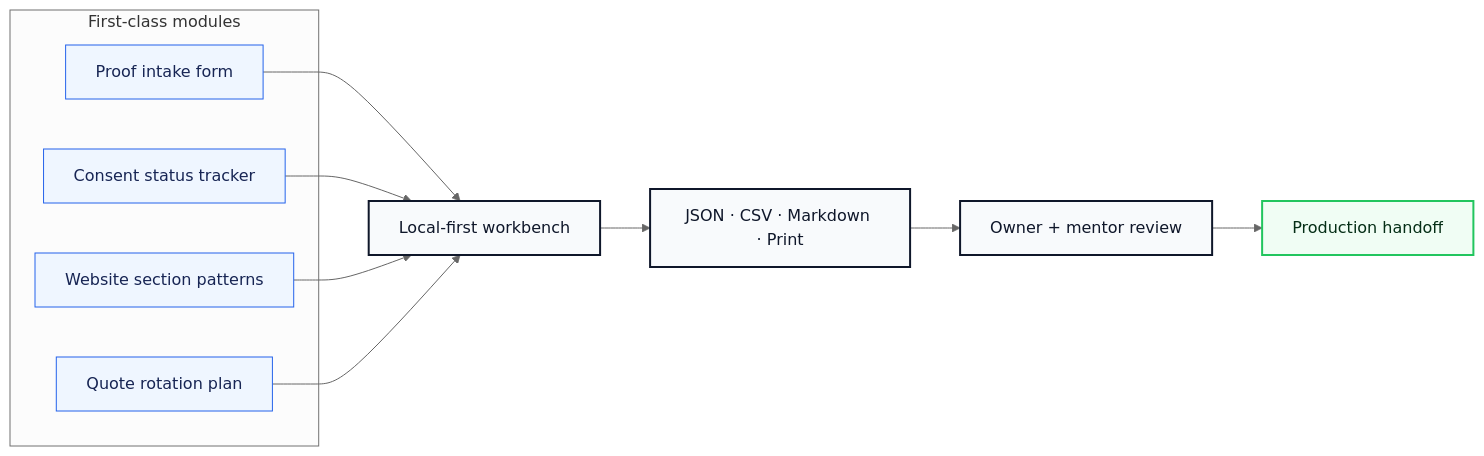
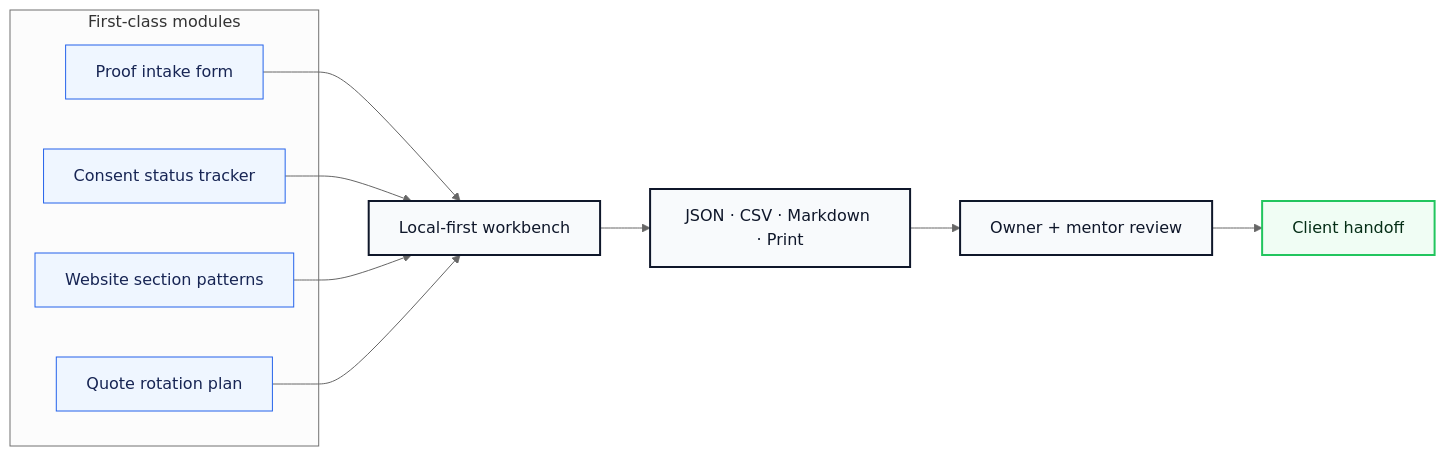
One commit to volta-npo/social-proof-wall changed the second of 3 diagrams in README.md. Above: the diagram before and after it, drawn with Mermaid (neutral theme). The commit also changed other lines of this file and 28 other files, not shown here.

````diff
--- a/README.md
+++ b/README.md
@@ -64,23 +64,23 @@
 ```mermaid
 flowchart LR
     subgraph Modules["First-class modules"]
         M1["Proof intake form"]
         M2["Consent status tracker"]
         M3["Website section patterns"]
         M4["Quote rotation plan"]
     end
     M1 --> Workbench
     M2 --> Workbench
     M3 --> Workbench
     M4 --> Workbench
     Workbench["Local-first workbench"] --> Exports["JSON · CSV · Markdown · Print"]
     Exports --> Review["Owner + mentor review"]
-    Review --> Launch["Production handoff"]
+    Review --> Launch["Client handoff"]
 
     classDef module fill:#eff6ff,stroke:#2563eb,color:#172554;
     classDef app fill:#f8fafc,stroke:#0f172a,color:#0f172a,stroke-width:2px;
     classDef launch fill:#f0fdf4,stroke:#22c55e,color:#052e16,stroke-width:2px;
     class M1,M2,M3,M4 module;
     class Workbench,Exports,Review app;
     class Launch launch;
 ```
````
